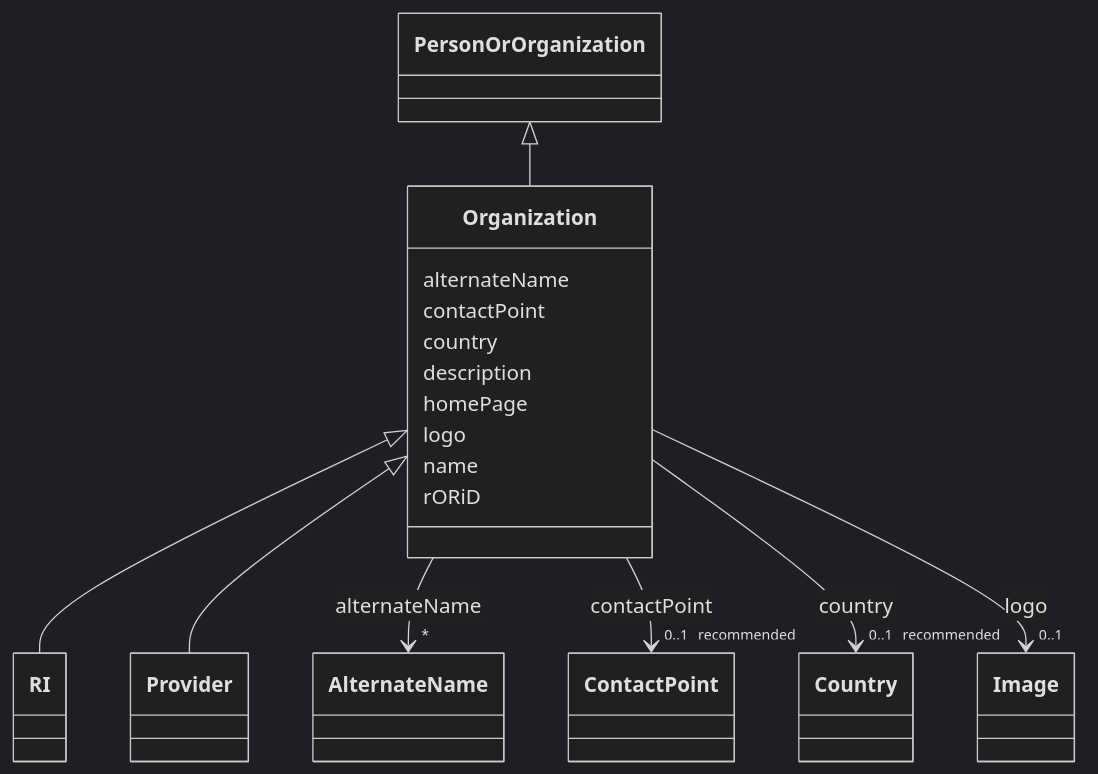
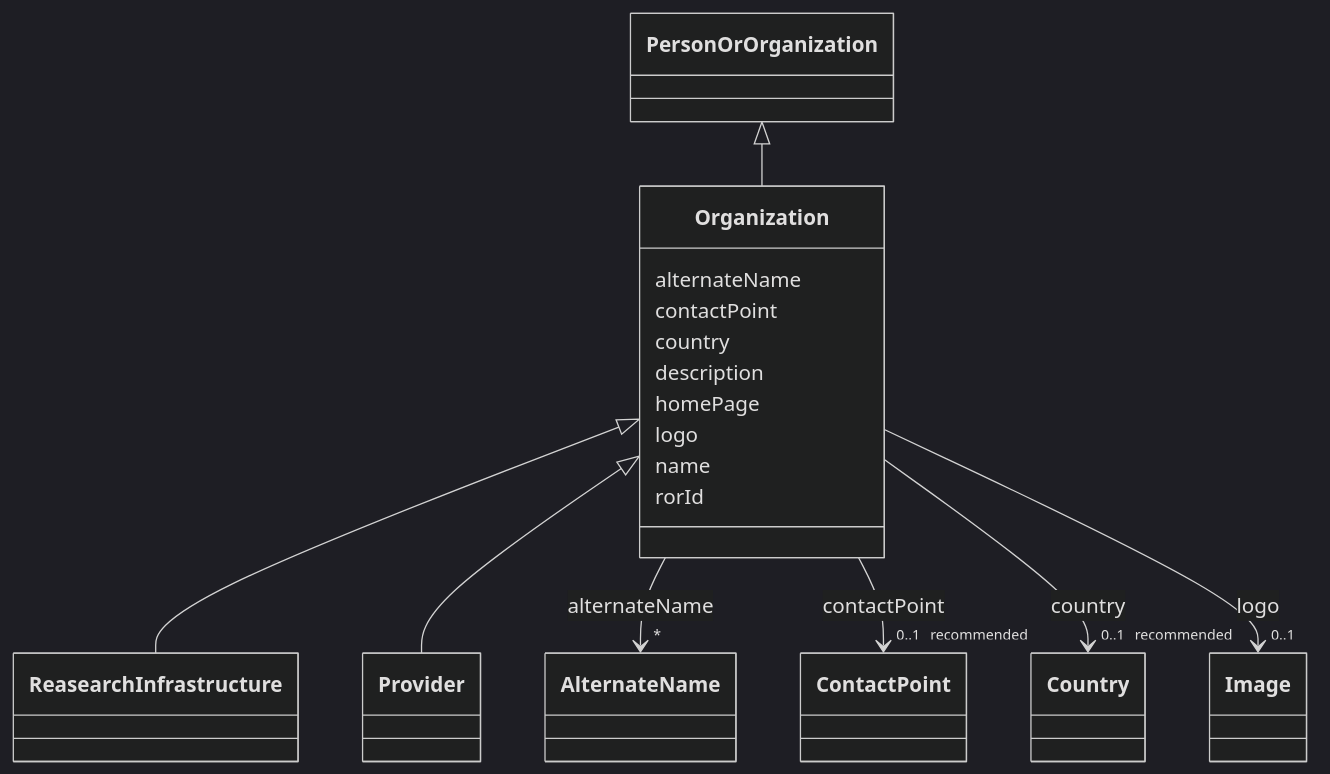
One commit to EVORA-project/evora-ontology changed the diagram in models/docs/Organization.md. Above: the diagram before and after it, drawn with Mermaid (dark theme). The commit also changed other lines of this file and 650 other files, not shown here.

````diff
--- a/models/docs/Organization.md
+++ b/models/docs/Organization.md
@@ -19,60 +19,60 @@
 ```mermaid
  classDiagram
     class Organization
     click Organization href "../Organization"
       PersonOrOrganization <|-- Organization
         click PersonOrOrganization href "../PersonOrOrganization"
       
 
-      Organization <|-- RI
-        click RI href "../RI"
+      Organization <|-- ReasearchInfrastructure
+        click ReasearchInfrastructure href "../ReasearchInfrastructure"
       Organization <|-- Provider
         click Provider href "../Provider"
       
       
       Organization : alternateName
         
           
     
     
     Organization --> "*" AlternateName : alternateName
     click AlternateName href "../AlternateName"
 
         
       Organization : contactPoint
         
           
     
     
     Organization --> "0..1 _recommended_" ContactPoint : contactPoint
     click ContactPoint href "../ContactPoint"
 
         
       Organization : country
         
           
     
     
     Organization --> "0..1 _recommended_" Country : country
     click Country href "../Country"
 
         
       Organization : description
         
       Organization : homePage
         
       Organization : logo
         
           
     
     
     Organization --> "0..1" Image : logo
     click Image href "../Image"
 
         
       Organization : name
         
-      Organization : rORiD
+      Organization : rorId
         
       
 ```
````
